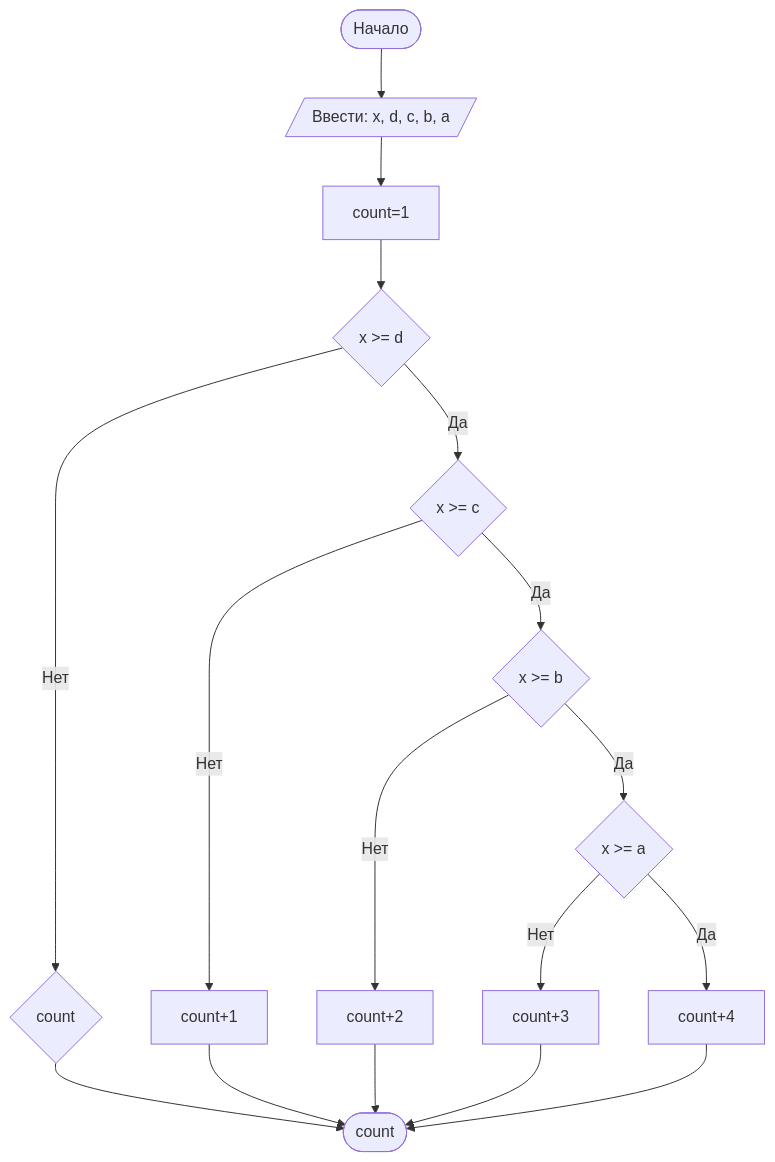
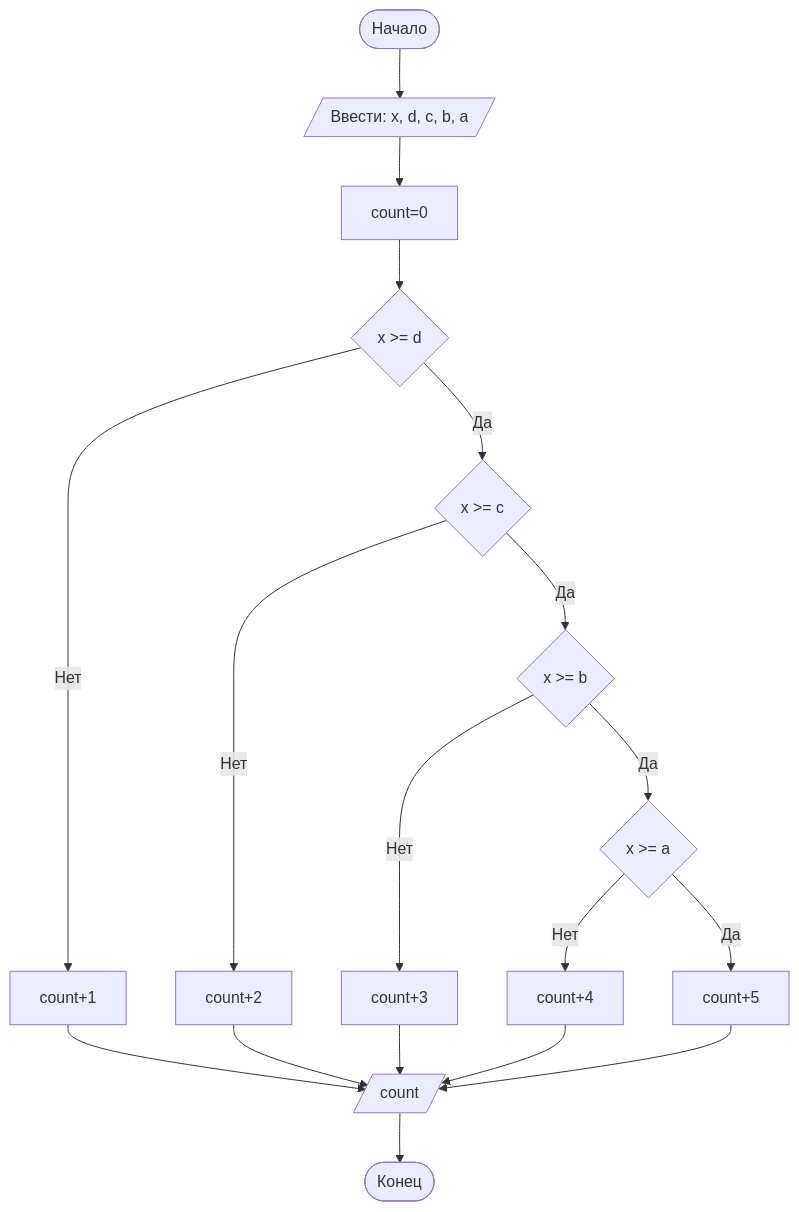
Before and after one commit to yantselovskiy5667/Lab1: the diagram in README.md, drawn with Mermaid. The commit also changed other lines of this file, not shown here.

````diff
--- a/README.md
+++ b/README.md
@@ -113,23 +113,23 @@
 ```mermaid
 graph TD
     A([Начало]) --> B[/Ввести: x, d, c, b, a /]
-    B --> W[count=1]
+    B --> W[count=0]
     W --> C{x >= d}
     
-    C -- Нет --> D{count}
-    D -->Z([count])
+    C -- Нет --> D[count+1]
+    D -->Z[/count/]
     C -- Да --> I{x >= c}
-    I -- Нет --> J[count+1]
+    I -- Нет --> J[count+2]
     I -- Да --> K{x >= b}
-    K -- Нет --> P[count+2]
+    K -- Нет --> P[count+3]
     K -- Да --> S{x >= a}
-    S -- Нет --> T[count+3]
-    S -- Да --> F[count+4]
+    S -- Нет --> T[count+4]
+    S -- Да --> F[count+5]
     J --> Z
     P --> Z
     T --> Z
     F --> Z
-
+    Z --> H([Конец])
     
 
 ```
````
